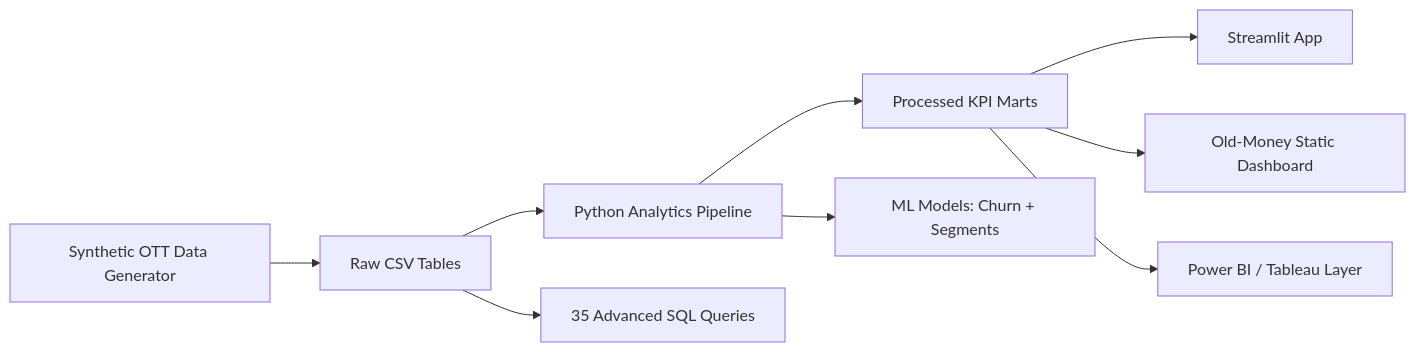
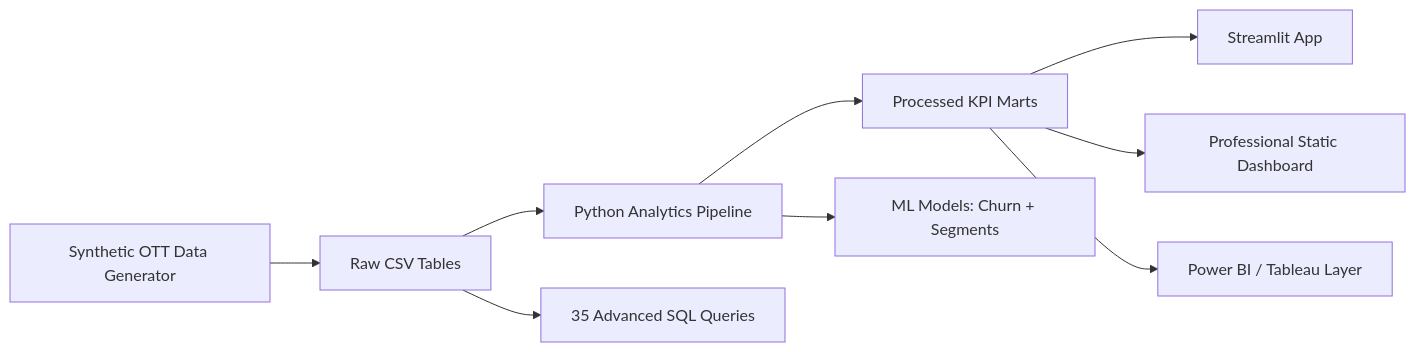
The diagram in README.md (shivammhjn1302/netflix-content-engagement-analytics), drawn with Mermaid before and after one commit. The commit also changed other lines of this file and 3 other files, not shown here.

````diff
--- a/README.md
+++ b/README.md
@@ -27,11 +27,11 @@
 ```mermaid
 flowchart LR
     A[Synthetic OTT Data Generator] --> B[Raw CSV Tables]
     B --> C[Python Analytics Pipeline]
     C --> D[Processed KPI Marts]
     C --> E[ML Models: Churn + Segments]
     D --> F[Streamlit App]
-    D --> G[Old-Money Static Dashboard]
+    D --> G[Professional Static Dashboard]
     D --> H[Power BI / Tableau Layer]
     B --> I[35 Advanced SQL Queries]
 ```
````
